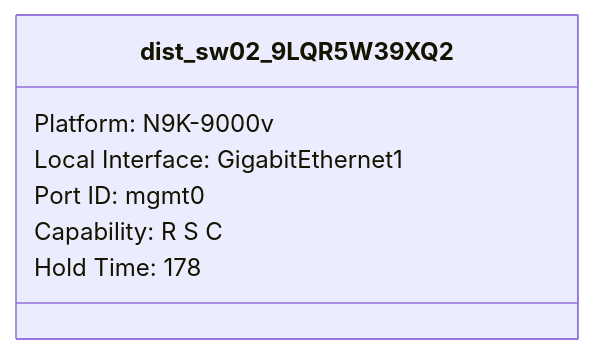
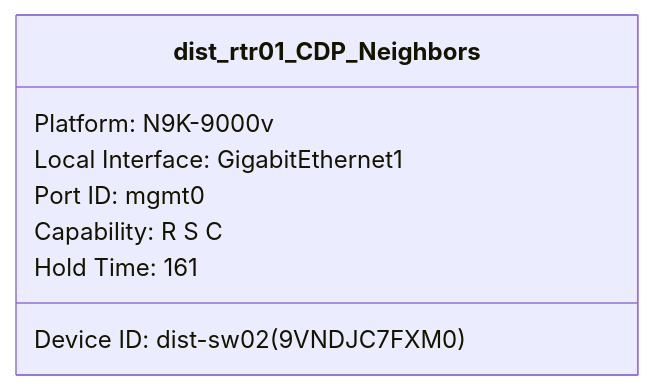
The first of 6 diagrams in Examples/IOS-XE/dist-rtr01 show cdp neighbors class.md (automateyournetwork/pyYAHTS), drawn with Mermaid before and after one commit. The commit also changed other lines of this file and 34 other files, not shown here.

Commit message:
ios-xe class diagrams

````diff
--- a/Examples/IOS-XE/dist-rtr01 show cdp neighbors class.md
+++ b/Examples/IOS-XE/dist-rtr01 show cdp neighbors class.md
@@ -4,10 +4,11 @@
 ```mermaid
 classDiagram
-class dist_sw02_9LQR5W39XQ2{
+class dist_rtr01_CDP_Neighbors {
+Device ID: dist-sw02(9VNDJC7FXM0)
 Platform: N9K-9000v
 Local Interface: GigabitEthernet1
 Port ID: mgmt0
 Capability: R S C
-Hold Time: 178
+Hold Time: 161
 }
 ```
````
